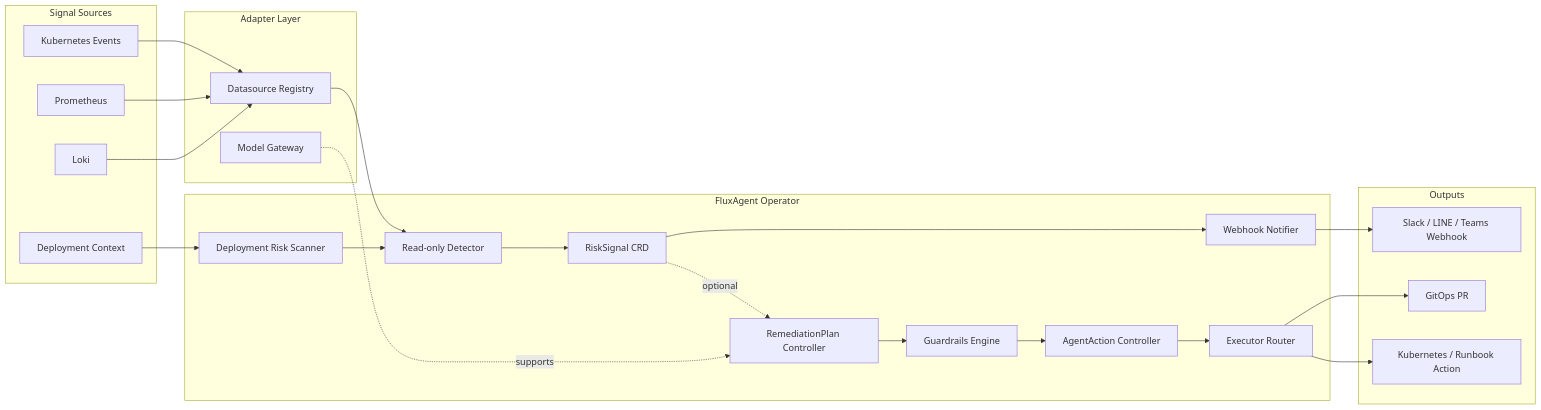
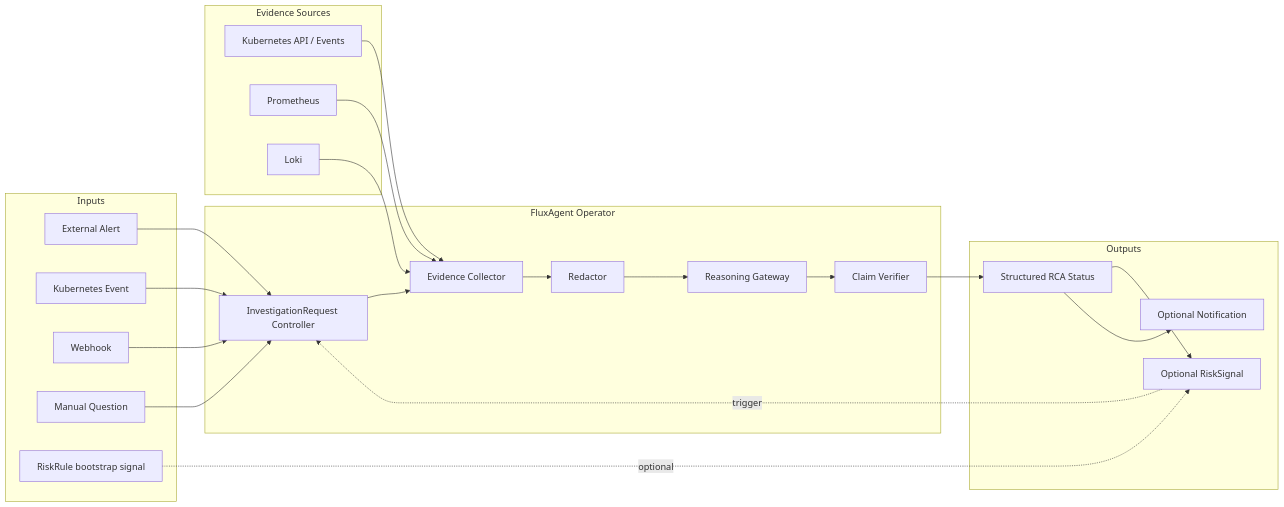
Before and after one commit to FluxSeer/fluxseer-rca: the second of 2 diagrams in README.md, drawn with Mermaid. The commit also changed other lines of this file and 7 other files, not shown here.

````diff
--- a/README.md
+++ b/README.md
@@ -45,49 +133,48 @@
 ```mermaid
 flowchart LR
-    subgraph Sources[Signal Sources]
-        K8sEvents[Kubernetes Events]
-        Prom[Prometheus]
-        Loki[Loki]
-        DeployCtx[Deployment Context]
+    subgraph Inputs[Inputs]
+        Alert[External Alert]
+        Event[Kubernetes Event]
+        Webhook[Webhook]
+        Manual[Manual Question]
+        Rule[RiskRule bootstrap signal]
     end
 
     subgraph Operator[FluxAgent Operator]
-        Scan[Deployment Risk Scanner]
-        Detect[Read-only Detector]
-        Risk[RiskSignal CRD]
-        Notify[Webhook Notifier]
-        Plan[RemediationPlan Controller]
-        Action[AgentAction Controller]
-        Guard[Guardrails Engine]
-        Exec[Executor Router]
+        IR[InvestigationRequest Controller]
+        Collector[Evidence Collector]
+        Redactor[Redactor]
+        Gateway[Reasoning Gateway]
+        Verifier[Claim Verifier]
     end
 
-    subgraph Adapters[Adapter Layer]
-        DS[Datasource Registry]
-        MG[Model Gateway]
+    subgraph Sources[Evidence Sources]
+        K8s[Kubernetes API / Events]
+        Prom[Prometheus]
+        Loki[Loki]
     end
 
     subgraph Outputs[Outputs]
-        Webhook[Slack / LINE / Teams Webhook]
-        GitOps[GitOps PR]
-        K8sExec[Kubernetes / Runbook Action]
+        Status[Structured RCA Status]
+        Risk[Optional RiskSignal]
+        Notify[Optional Notification]
     end
 
-    K8sEvents --> DS
-    Prom --> DS
-    Loki --> DS
-    DeployCtx --> Scan
-    DS --> Detect
-    Scan --> Detect
-    Detect --> Risk
-    Risk --> Notify
-    Notify --> Webhook
+    Alert --> IR
+    Event --> IR
+    Webhook --> IR
+    Manual --> IR
+    Rule -. optional .-> Risk
+    Risk -. trigger .-> IR
 
-    Risk -. optional .-> Plan
-    MG -. supports .-> Plan
-    Plan --> Guard
-    Guard --> Action
-    Action --> Exec
-    Exec --> GitOps
-    Exec --> K8sExec
+    IR --> Collector
+    K8s --> Collector
+    Prom --> Collector
+    Loki --> Collector
+    Collector --> Redactor
+    Redactor --> Gateway
+    Gateway --> Verifier
+    Verifier --> Status
+    Status --> Risk
+    Status --> Notify
 ```
````
